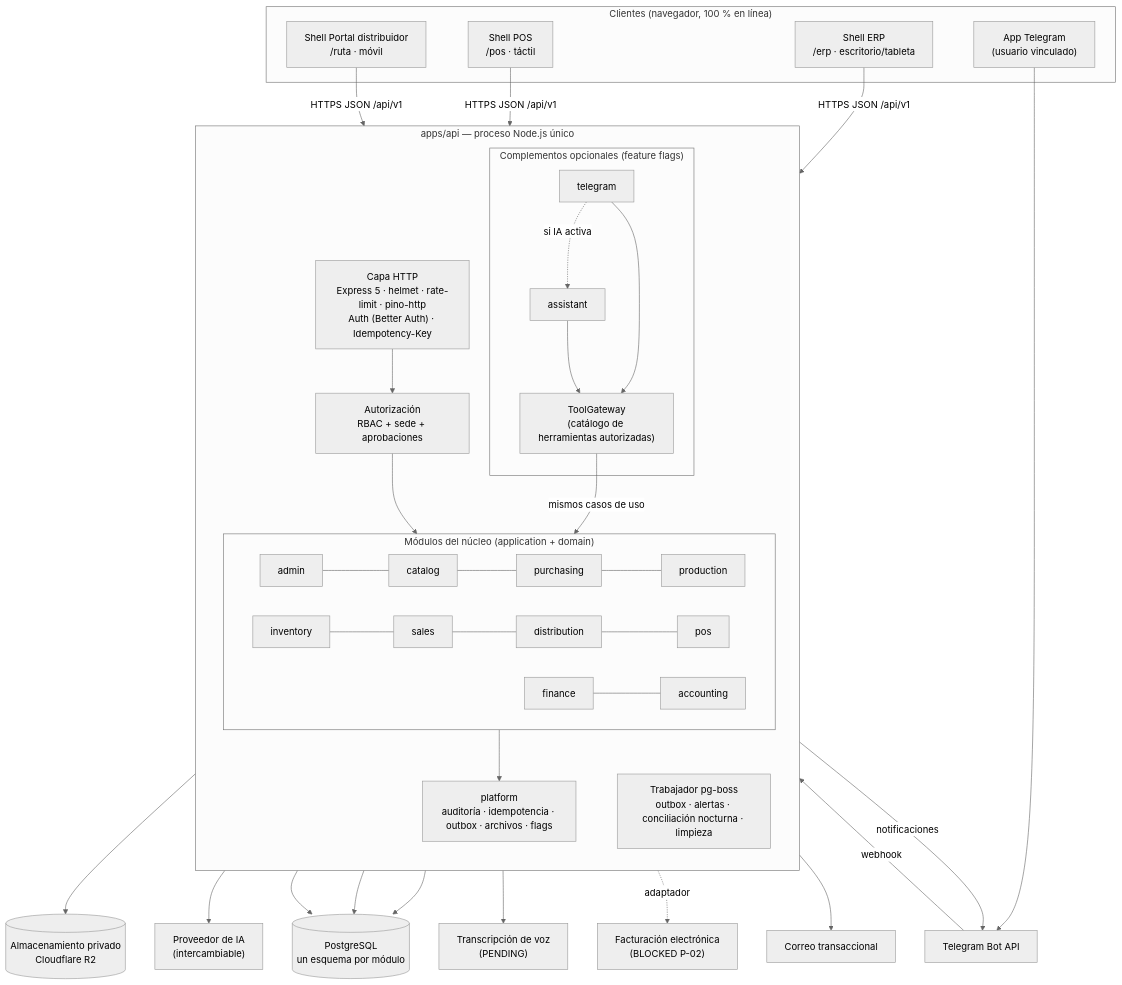
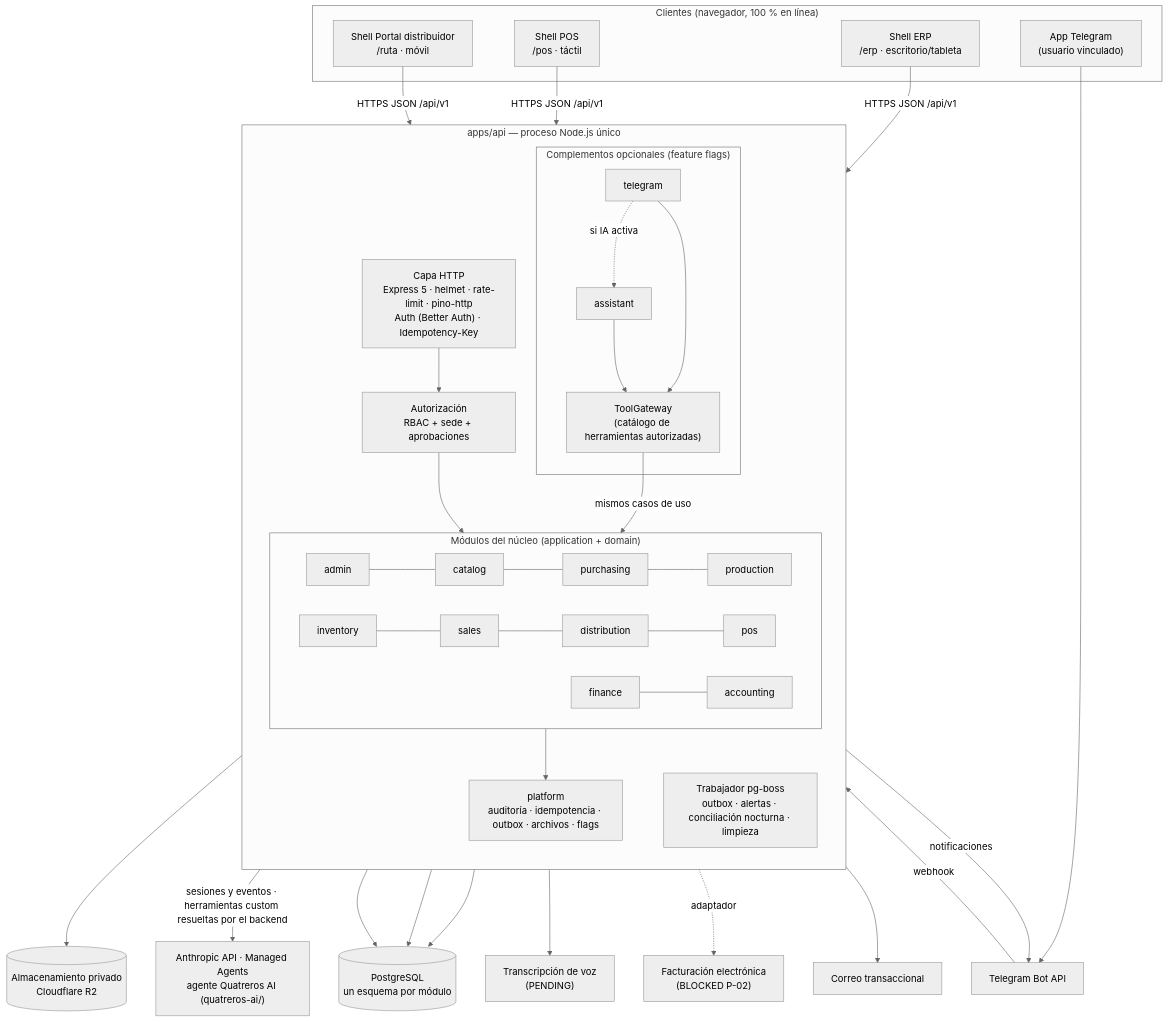
Before and after one commit to Anpinprogrammer/quatreros: the first of 2 diagrams in docs/02-architecture/system-overview.md, drawn with Mermaid (neutral theme). The commit also changed other lines of this file and 24 other files, not shown here.

````diff
--- a/docs/02-architecture/system-overview.md
+++ b/docs/02-architecture/system-overview.md
@@ -10,54 +10,54 @@
 ```mermaid
 flowchart TB
   subgraph Clientes["Clientes (navegador, 100 % en línea)"]
     ERP["Shell ERP\n/erp · escritorio/tableta"]
     POS["Shell POS\n/pos · táctil"]
     RUTA["Shell Portal distribuidor\n/ruta · móvil"]
     TGU["App Telegram\n(usuario vinculado)"]
   end
 
   subgraph API["apps/api — proceso Node.js único"]
     direction TB
     HTTP["Capa HTTP\nExpress 5 · helmet · rate-limit · pino-http\nAuth (Better Auth) · Idempotency-Key"]
     AUTHZ["Autorización\nRBAC + sede + aprobaciones"]
     subgraph CORE["Módulos del núcleo (application + domain)"]
       direction LR
       ADMIN[admin] --- CAT[catalog] --- PUR[purchasing] --- PROD[production]
       INV[inventory] --- SAL[sales] --- DIS[distribution] --- POSM[pos]
       FIN[finance] --- ACC[accounting]
     end
     PLAT["platform\nauditoría · idempotencia · outbox · archivos · flags"]
     subgraph ADDONS["Complementos opcionales (feature flags)"]
       GW["ToolGateway\n(catálogo de herramientas autorizadas)"]
       AST[assistant]
       TGM[telegram]
     end
     JOBS["Trabajador pg-boss\noutbox · alertas · conciliación nocturna · limpieza"]
   end
 
   DB[("PostgreSQL\nun esquema por módulo")]
   R2[("Almacenamiento privado\nCloudflare R2")]
-  LLM["Proveedor de IA\n(intercambiable)"]
+  LLM["Anthropic API · Managed Agents\nagente Quatreros AI (quatreros-ai/)"]
   STT["Transcripción de voz\n(PENDING)"]
   TGAPI["Telegram Bot API"]
   FISC["Facturación electrónica\n(BLOCKED P-02)"]
   MAIL["Correo transaccional"]
 
   ERP & POS & RUTA -->|HTTPS JSON /api/v1| HTTP
   HTTP --> AUTHZ --> CORE
   CORE --> PLAT
   CORE --> DB
   PLAT --> DB
   PLAT --> R2
   JOBS --> DB
   AST --> GW
   TGM --> GW
   TGM -.->|si IA activa| AST
   GW -->|mismos casos de uso| CORE
-  AST --> LLM
+  AST -->|sesiones y eventos · herramientas custom resueltas por el backend| LLM
   TGM --> STT
   TGU --> TGAPI -->|webhook| TGM
   JOBS -->|notificaciones| TGAPI
   JOBS -.->|adaptador| FISC
   JOBS --> MAIL
 ```
````
